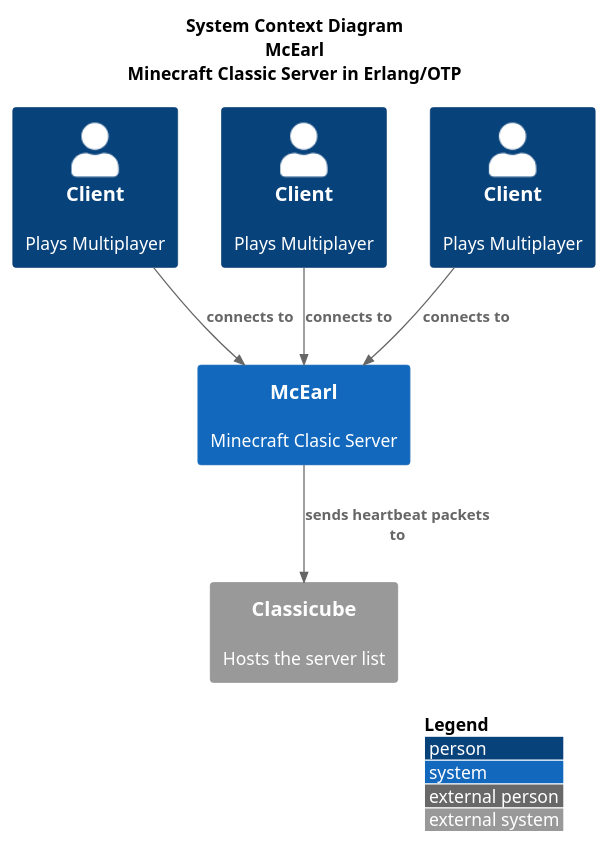
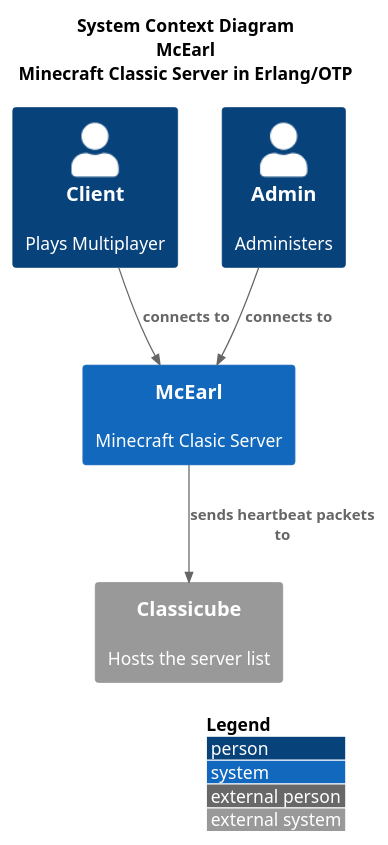
Before and after one commit to OT7EtoYoshimura/mcearl: the diagram in dox/diagrams/c1-mcearl.puml, drawn with PlantUML. The commit also changed 2 other files, not shown here.

Commit message:
Update diagrams

```diff
--- a/dox/diagrams/c1-mcearl.puml
+++ b/dox/diagrams/c1-mcearl.puml
@@ -1,22 +1,20 @@
 @startuml mcearl
 
 !include https://raw.githubusercontent.com/plantuml-stdlib/C4-PlantUML/master/C4_Container.puml
 !include https://raw.githubusercontent.com/plantuml-stdlib/C4-PlantUML/master/C4_Component.puml
 !include https://raw.githubusercontent.com/plantuml-stdlib/C4-PlantUML/master/C4_Context.puml
 
 title System Context Diagram\nMcEarl\nMinecraft Classic Server in Erlang/OTP
 
-Person(client1, "Client", "Plays Multiplayer")
-Person(client2, "Client", "Plays Multiplayer")
-Person(client3, "Client", "Plays Multiplayer")
+Person(client, "Client", "Plays Multiplayer")
+Person(admin, "Admin", "Administers")
 
 System(mcearl, "McEarl", "Minecraft Clasic Server")
 System_Ext(classicube, "Classicube", "Hosts the server list")
 
-Rel(client1, mcearl, "connects to")
-Rel(client2, mcearl, "connects to")
-Rel(client3, mcearl, "connects to")
+Rel(client, mcearl, "connects to")
+Rel(admin, mcearl, "connects to")
 Rel(mcearl, classicube, "sends heartbeat packets to")
 
 LAYOUT_WITH_LEGEND()
 @enduml
```
